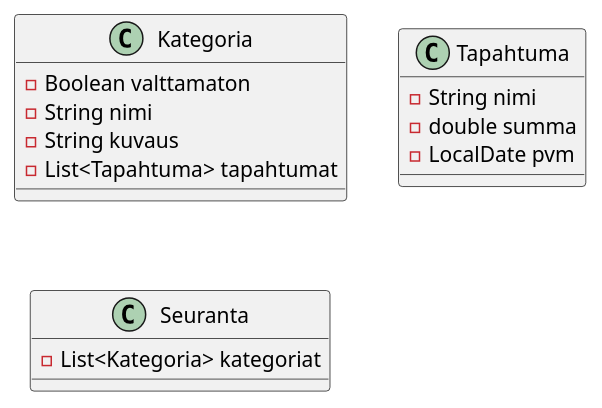
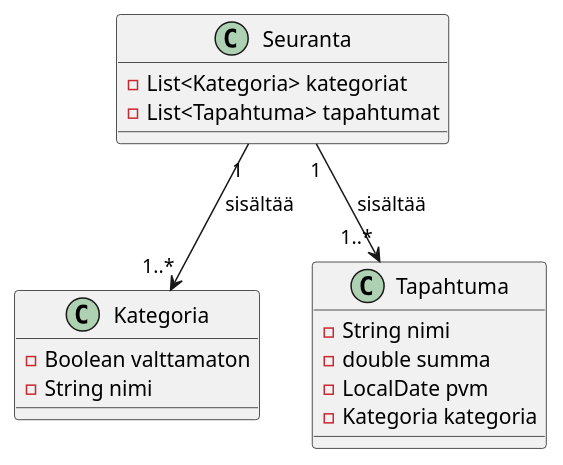
Before and after one commit to ohj-perus-jy/ohj2: the first of 4 diagrams in src/harjoitustyo.md, drawn with PlantUML. The commit also changed other lines of this file and 3 other files, not shown here.

````diff
--- a/src/harjoitustyo.md
+++ b/src/harjoitustyo.md
@@ -56,23 +60,25 @@
 ```plantuml
 @startuml
 class Kategoria {
   - Boolean valttamaton
   - String nimi
-  - String kuvaus
-  - List<Tapahtuma> tapahtumat
 }
 
 class Tapahtuma {
   - String nimi
   - double summa
   - LocalDate pvm
+  - Kategoria kategoria
 }
 
 
 class Seuranta {
   - List<Kategoria> kategoriat
+  - List<Tapahtuma> tapahtumat
 }
 
+Seuranta "1" --> "1..*" Kategoria : sisältää
+Seuranta "1" --> "1..*" Tapahtuma : sisältää
 
 @enduml
 ```
````
